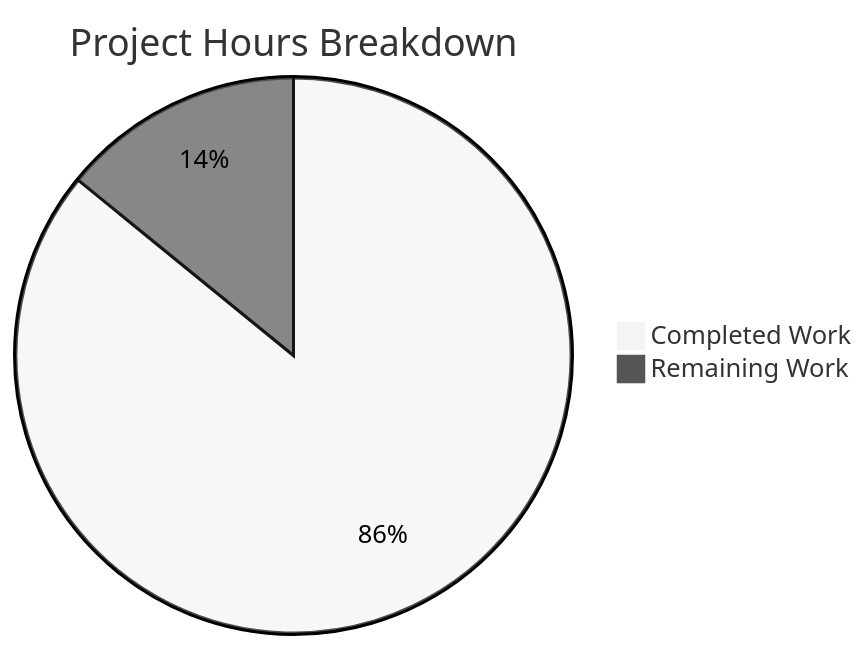
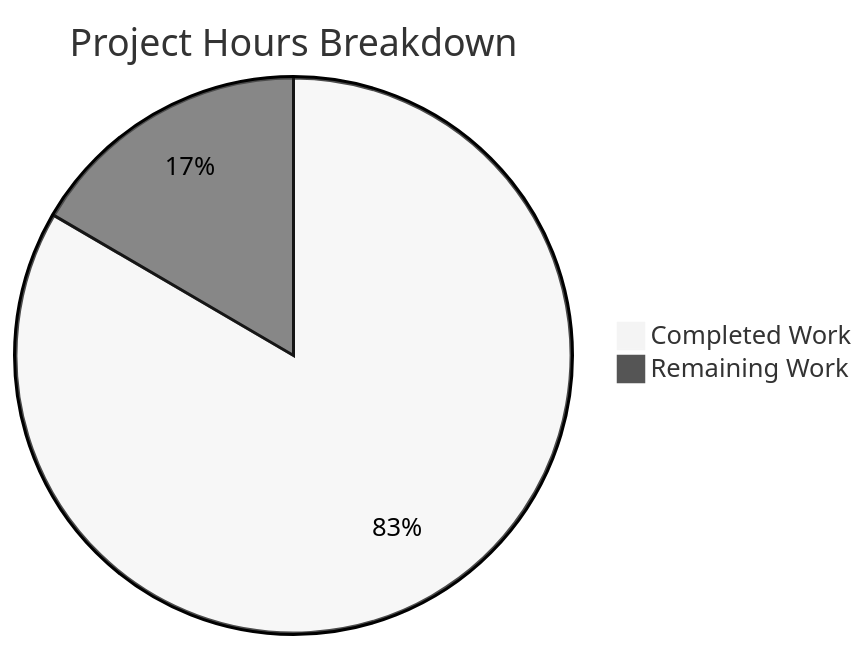
Before and after one commit to Blitzy-Sandbox/blitzy-cal: the second of 2 diagrams in blitzy/documentation/Project Guide.md, drawn with Mermaid (neutral theme). The commit also changed other lines of this file, not shown here.

Commit message:
Adding Blitzy Project Guide: Project Status and Human Tasks Remaining

````diff
--- a/blitzy/documentation/Project Guide.md
+++ b/blitzy/documentation/Project Guide.md
@@ -212,5 +227,5 @@
 ```mermaid
 pie title Project Hours Breakdown
-    "Completed Work" : 292
-    "Remaining Work" : 48
+    "Completed Work" : 312
+    "Remaining Work" : 62
 ```
````
